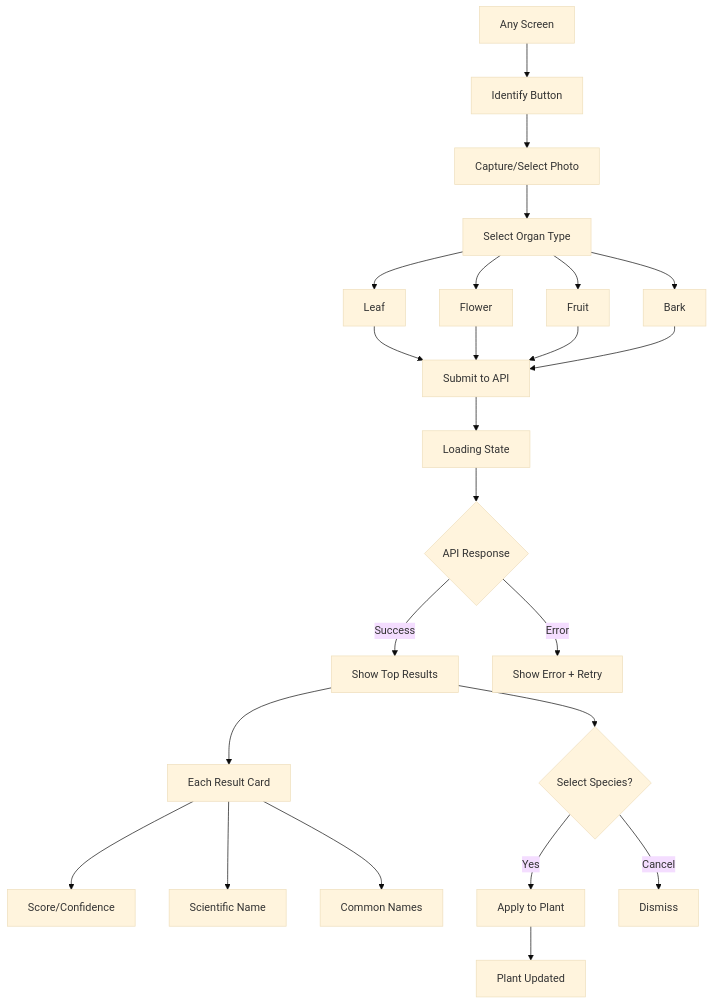
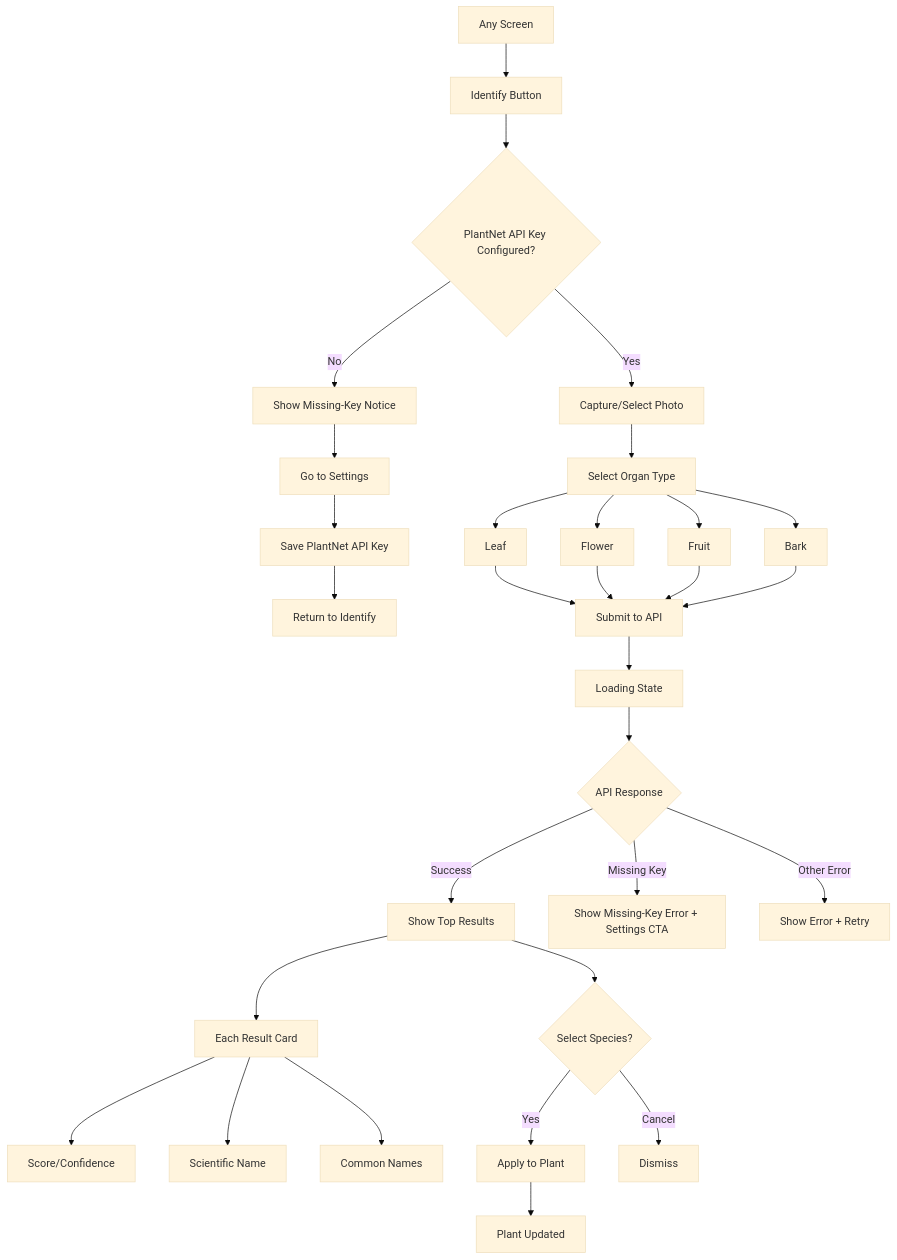
Before and after one commit to jdamp/kratzbaum: the sixth of 6 diagrams in docs/03_ui_ux/user_flows.md, drawn with Mermaid (base theme). The commit also changed 19 other files, not shown here.

Commit message:
feat: add identify settings integration and UI updates

````diff
--- a/docs/03_ui_ux/user_flows.md
+++ b/docs/03_ui_ux/user_flows.md
@@ -192,31 +192,37 @@
 ```mermaid
 flowchart TD
     A[Any Screen] --> B["Identify Button"]
-    B --> C[Capture/Select Photo]
-    C --> D[Select Organ Type]
-    D --> E["Leaf"]
-    D --> F["Flower"]
-    D --> G["Fruit"]
-    D --> H["Bark"]
-    
-    E --> I[Submit to API]
-    F --> I
-    G --> I
-    H --> I
-    
-    I --> J[Loading State]
-    J --> K{API Response}
-    K -->|Success| L[Show Top Results]
-    K -->|Error| M[Show Error + Retry]
-    
-    L --> N[Each Result Card]
-    N --> O[Score/Confidence]
-    N --> P[Scientific Name]
-    N --> Q[Common Names]
-    
-    L --> R{Select Species?}
-    R -->|Yes| S[Apply to Plant]
-    R -->|Cancel| T[Dismiss]
-    
-    S --> U[Plant Updated]
+    B --> C{PlantNet API Key Configured?}
+    C -->|No| C1[Show Missing-Key Notice]
+    C1 --> C2["Go to Settings"]
+    C2 --> C3[Save PlantNet API Key]
+    C3 --> C4[Return to Identify]
+    C -->|Yes| D[Capture/Select Photo]
+    D --> E[Select Organ Type]
+    E --> F["Leaf"]
+    E --> G["Flower"]
+    E --> H["Fruit"]
+    E --> I["Bark"]
+
+    F --> J[Submit to API]
+    G --> J
+    H --> J
+    I --> J
+
+    J --> K[Loading State]
+    K --> L{API Response}
+    L -->|Success| M[Show Top Results]
+    L -->|Missing Key| N[Show Missing-Key Error + Settings CTA]
+    L -->|Other Error| O[Show Error + Retry]
+
+    M --> P[Each Result Card]
+    P --> Q[Score/Confidence]
+    P --> R[Scientific Name]
+    P --> S[Common Names]
+
+    M --> T{Select Species?}
+    T -->|Yes| U[Apply to Plant]
+    T -->|Cancel| V[Dismiss]
+
+    U --> W[Plant Updated]
 ```
````
